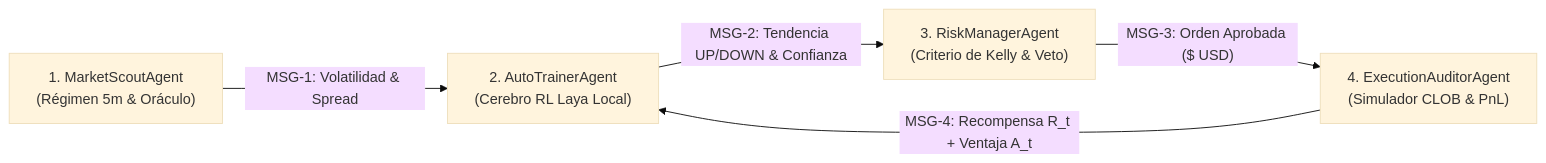
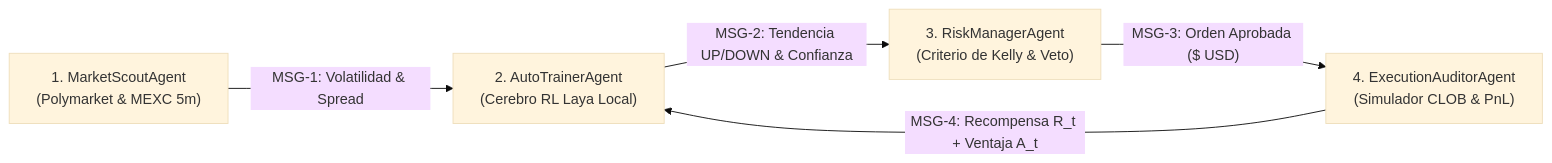
Before and after one commit to DanielJuarez-AI/Trading-bot: the diagram in README.md, drawn with Mermaid (base theme). The commit also changed other lines of this file and 15 other files, not shown here.

Commit message:
feat(ui): Add Vue 3 + Vite + TypeScript frontend & MEXC/Polymarket 1ms feeds for v0.1.0

````diff
--- a/README.md
+++ b/README.md
@@ -36,7 +37,7 @@
 ```mermaid
 flowchart LR
-    A["1. MarketScoutAgent<br/>(Régimen 5m & Oráculo)"] -->|"MSG-1: Volatilidad & Spread"| B["2. AutoTrainerAgent<br/>(Cerebro RL Laya Local)"]
+    A["1. MarketScoutAgent<br/>(Polymarket & MEXC 5m)"] -->|"MSG-1: Volatilidad & Spread"| B["2. AutoTrainerAgent<br/>(Cerebro RL Laya Local)"]
     B -->|"MSG-2: Tendencia UP/DOWN & Confianza"| C["3. RiskManagerAgent<br/>(Criterio de Kelly & Veto)"]
     C -->|"MSG-3: Orden Aprobada ($ USD)"| D["4. ExecutionAuditorAgent<br/>(Simulador CLOB & PnL)"]
     D -->|"MSG-4: Recompensa R_t + Ventaja A_t"| B
 ```
````
